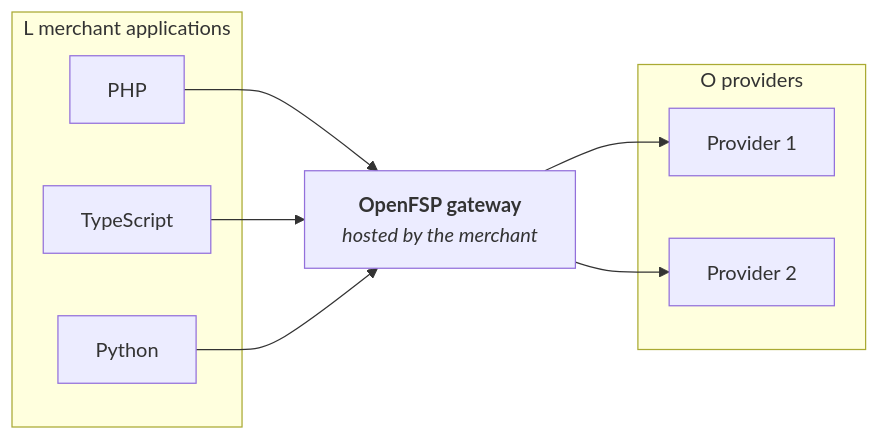
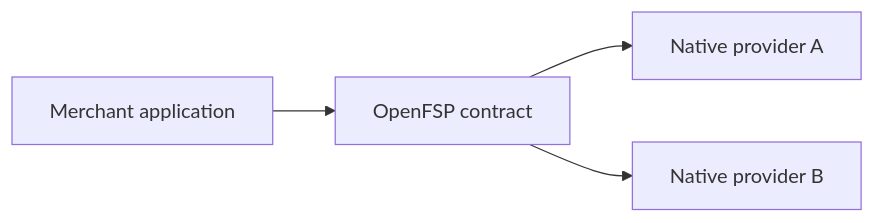
The diagram in content/docs/index.mdx (openfspht/openfsp.org), drawn with Mermaid before and after one commit. The commit also changed other lines of this file and 35 other files, not shown here.

Commit message:
docs: separate the standard from the gateway and add the native provider guide

````diff
--- a/content/docs/index.mdx
+++ b/content/docs/index.mdx
@@ -14,18 +19,6 @@
 ```mermaid
 flowchart LR
-    subgraph apps["L merchant applications"]
-        A1["PHP"]
-        A2["TypeScript"]
-        A3["Python"]
-    end
-    G["<b>OpenFSP gateway</b><br/><i>hosted by the merchant</i>"]
-    subgraph ops["O providers"]
-        P1["Provider 1"]
-        P2["Provider 2"]
-    end
-    A1 --> G
-    A2 --> G
-    A3 --> G
-    G --> P1
-    G --> P2
+    A["Merchant application"] --> S["OpenFSP contract"]
+    S --> P1["Native provider A"]
+    S --> P2["Native provider B"]
 ```
````
